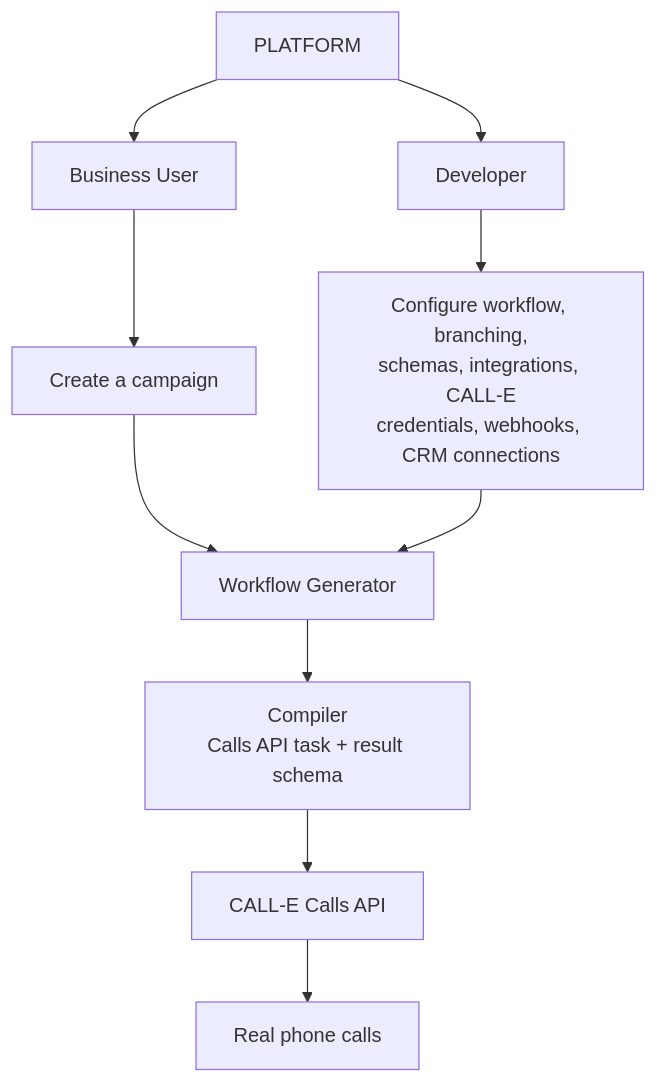
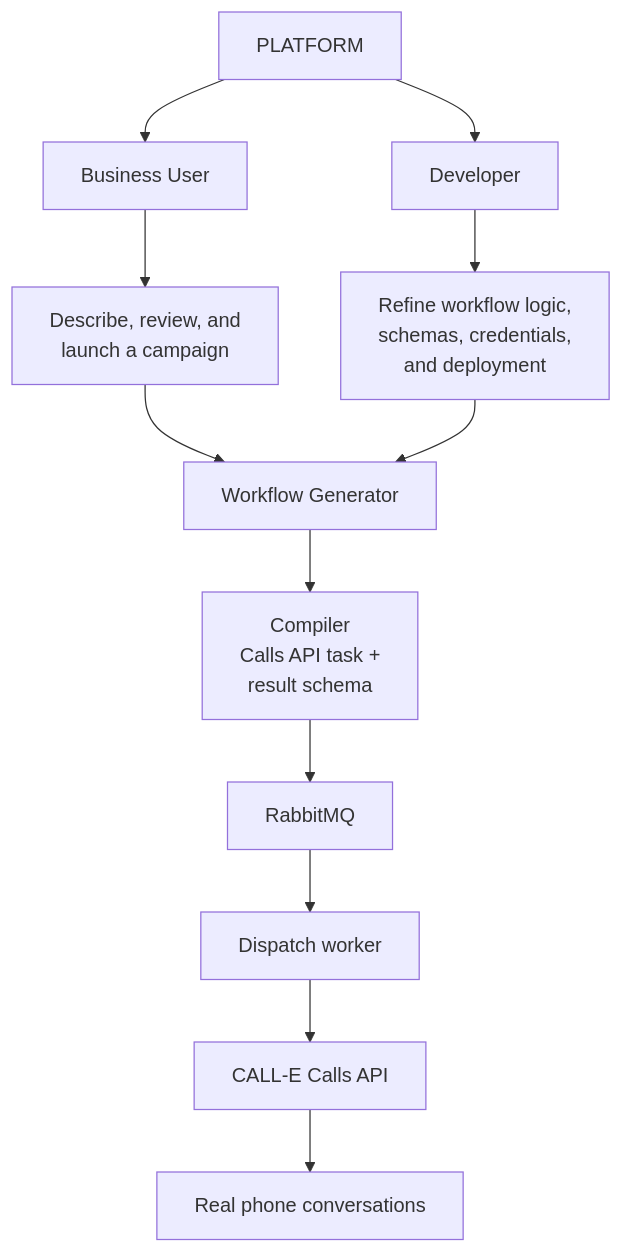
The third of 3 diagrams in README.md (srijan399/veyra), drawn with Mermaid before and after one commit. The commit also changed other lines of this file and 2 other files, not shown here.

````diff
--- a/README.md
+++ b/README.md
@@ -138,15 +310,17 @@
 ```mermaid
 flowchart TD
     P[PLATFORM] --> BU[Business User]
     P --> DEV[Developer]
 
-    BU --> BU1["Create a campaign"]
-    DEV --> DEV1["Configure workflow, branching,<br/>schemas, integrations, CALL-E<br/>credentials, webhooks, CRM connections"]
+    BU --> BU1["Describe, review, and <br />launch a campaign"]
+    DEV --> DEV1["Refine workflow logic,<br/>schemas, credentials, <br /> and deployment"]
 
     BU1 --> WG[Workflow Generator]
     DEV1 --> WG
 
-    WG --> CO["Compiler<br/>Calls API task + result schema"]
-    CO --> CE["CALL-E Calls API"]
-    CE --> RC[Real phone calls]
+    WG --> CO["Compiler<br/>Calls API task + <br />result schema"]
+    CO --> Q["RabbitMQ"]
+    Q --> WK["Dispatch worker"]
+    WK --> CE["CALL-E Calls API"]
+    CE --> RC["Real phone conversations"]
 ```
````
